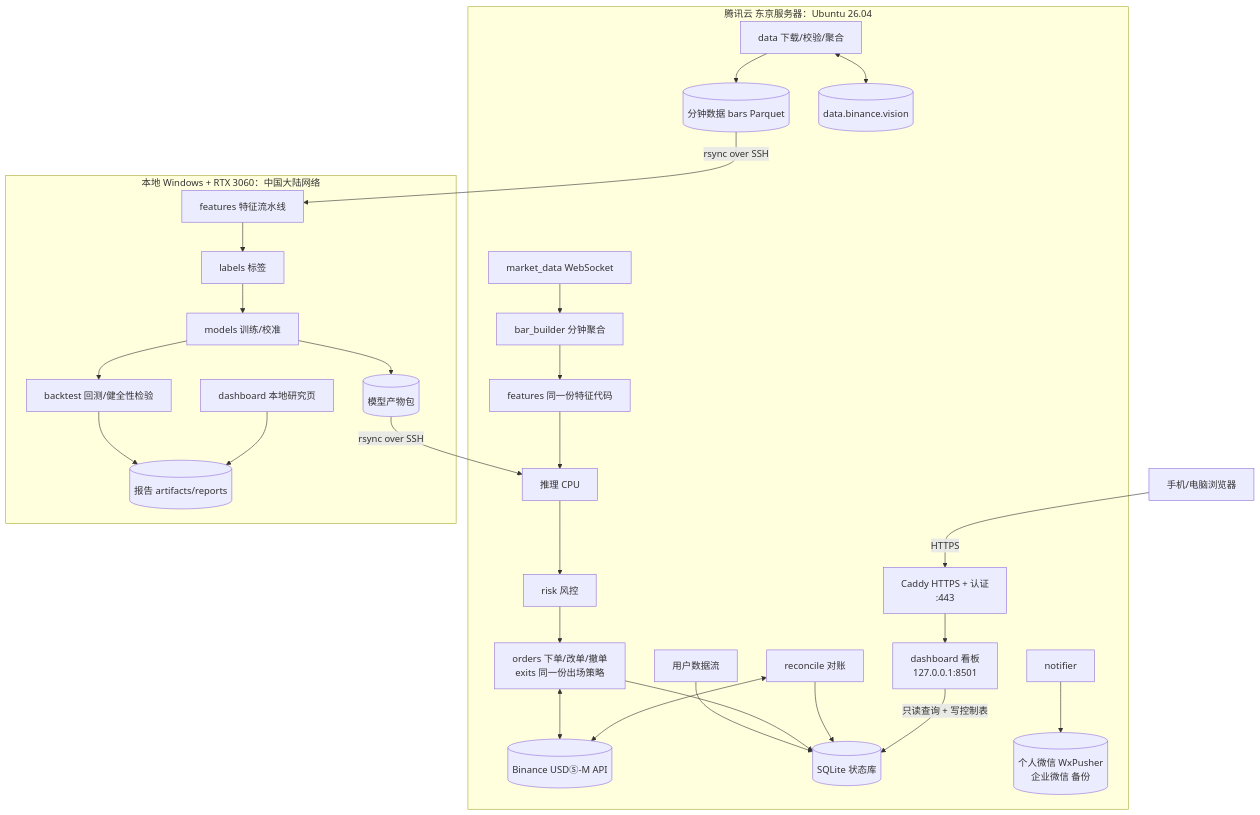
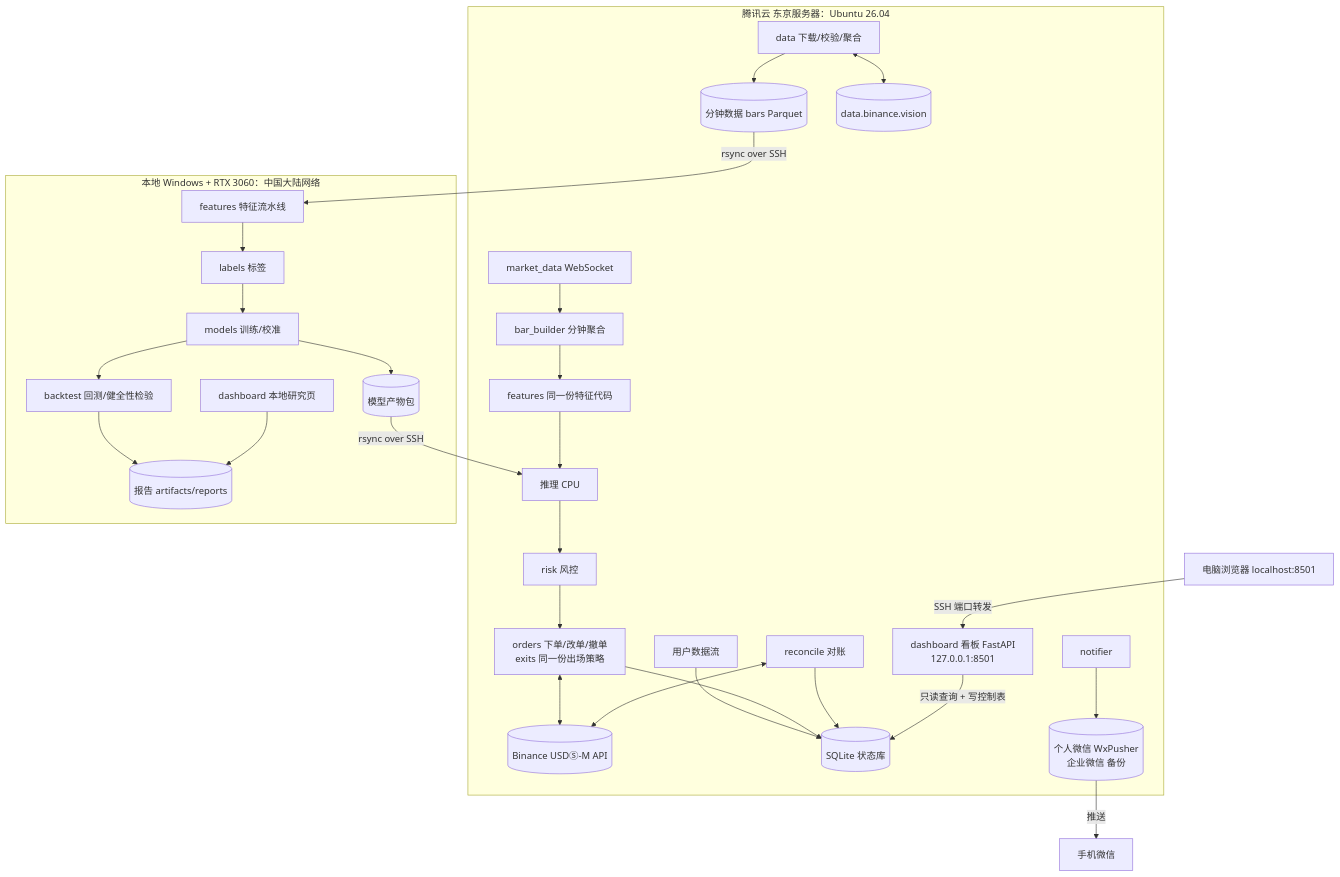
One commit to wumingze704-bit/bn-trade changed the diagram in docs/02-系统架构与部署.md. Above: the diagram before and after it, drawn with Mermaid. The commit also changed other lines of this file and 40 other files, not shown here.

````diff
--- a/docs/02-系统架构与部署.md
+++ b/docs/02-系统架构与部署.md
@@ -7,31 +7,31 @@
 ```mermaid
 flowchart TB
     subgraph 服务器[腾讯云 东京服务器：Ubuntu 26.04]
         DL[data 下载/校验/聚合] --> BARS[(分钟数据 bars Parquet)]
         WS[market_data WebSocket] --> BB[bar_builder 分钟聚合]
         BB --> FE2[features 同一份特征代码]
         FE2 --> INF[推理 CPU]
         INF --> RK[risk 风控]
         RK --> OM[orders 下单/改单/撤单<br/>exits 同一份出场策略]
         OM <--> EX[(Binance USDⓈ-M API)]
         DL <--> EXD[(data.binance.vision)]
         UDS[用户数据流] --> ST[(SQLite 状态库)]
         OM --> ST
         REC[reconcile 对账] <--> EX
         REC --> ST
         NT[notifier] --> WX[(个人微信 WxPusher<br/>企业微信 备份)]
-        DB2[dashboard 看板<br/>127.0.0.1:8501] -->|只读查询 + 写控制表| ST
-        CADDY[Caddy HTTPS + 认证<br/>:443] --> DB2
+        DB2[dashboard 看板 FastAPI<br/>127.0.0.1:8501] -->|只读查询 + 写控制表| ST
     end
     subgraph 本地[本地 Windows + RTX 3060：中国大陆网络]
         FE1[features 特征流水线] --> LB[labels 标签]
         LB --> TR[models 训练/校准]
         TR --> BT[backtest 回测/健全性检验]
         BT --> RP[(报告 artifacts/reports)]
         TR --> ART[(模型产物包)]
         DB1[dashboard 本地研究页] --> RP
     end
     BARS -->|rsync over SSH| FE1
     ART -->|rsync over SSH| INF
-    手机[手机/电脑浏览器] -->|HTTPS| CADDY
+    电脑[电脑浏览器 localhost:8501] -->|SSH 端口转发| DB2
+    WX -->|推送| 手机[手机微信]
 ```
````
